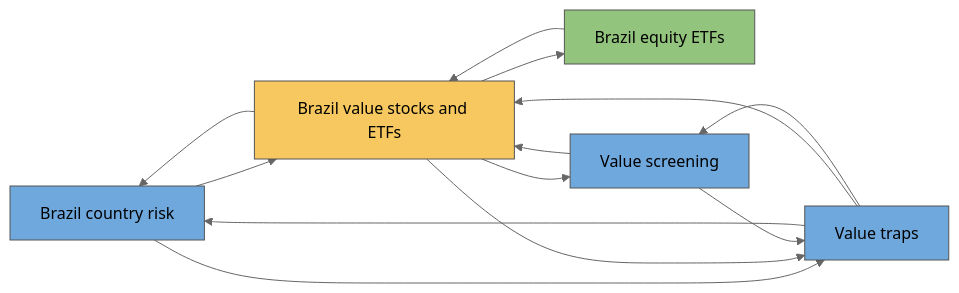
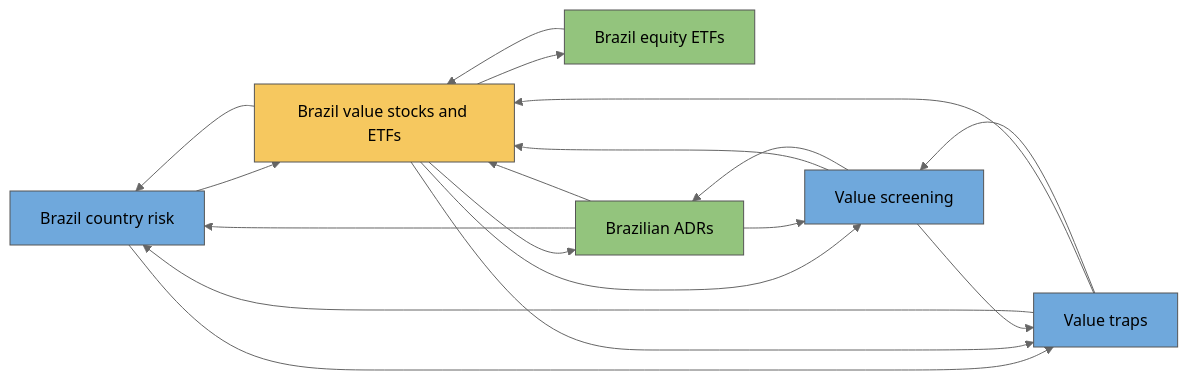
The diagram in wiki/graph.md (Traaa1234/wei-ideas-brain), drawn with Mermaid (neutral theme) before and after one commit. The commit also changed other lines of this file and 6 other files, not shown here.

First line of the commit message:
Brazil value idea: add individual stocks via US-listed ADRs, EEM benchmark

````diff
--- a/wiki/graph.md
+++ b/wiki/graph.md
@@ -14,25 +14,31 @@
 ```mermaid
 graph LR
   classDef idea fill:#f6c85f,stroke:#555,color:#000
   classDef concept fill:#6fa8dc,stroke:#555,color:#000
   classDef entity fill:#93c47d,stroke:#555,color:#000
   classDef question fill:#c27ba0,stroke:#555,color:#000
   classDef source fill:#cccccc,stroke:#555,color:#000
   n_brazil_country_risk["Brazil country risk"]:::concept
   n_brazil_equity_etfs["Brazil equity ETFs"]:::entity
   n_brazil_value_stocks_and_etfs["Brazil value stocks and ETFs"]:::idea
+  n_brazilian_adrs["Brazilian ADRs"]:::entity
   n_value_screening["Value screening"]:::concept
   n_value_traps["Value traps"]:::concept
   n_brazil_country_risk --> n_brazil_value_stocks_and_etfs
   n_brazil_country_risk --> n_value_traps
   n_brazil_equity_etfs --> n_brazil_value_stocks_and_etfs
   n_brazil_value_stocks_and_etfs --> n_brazil_country_risk
   n_brazil_value_stocks_and_etfs --> n_brazil_equity_etfs
+  n_brazil_value_stocks_and_etfs --> n_brazilian_adrs
   n_brazil_value_stocks_and_etfs --> n_value_screening
   n_brazil_value_stocks_and_etfs --> n_value_traps
+  n_brazilian_adrs --> n_brazil_country_risk
+  n_brazilian_adrs --> n_brazil_value_stocks_and_etfs
+  n_brazilian_adrs --> n_value_screening
   n_value_screening --> n_brazil_value_stocks_and_etfs
+  n_value_screening --> n_brazilian_adrs
   n_value_screening --> n_value_traps
   n_value_traps --> n_brazil_country_risk
   n_value_traps --> n_brazil_value_stocks_and_etfs
   n_value_traps --> n_value_screening
 ```
````
